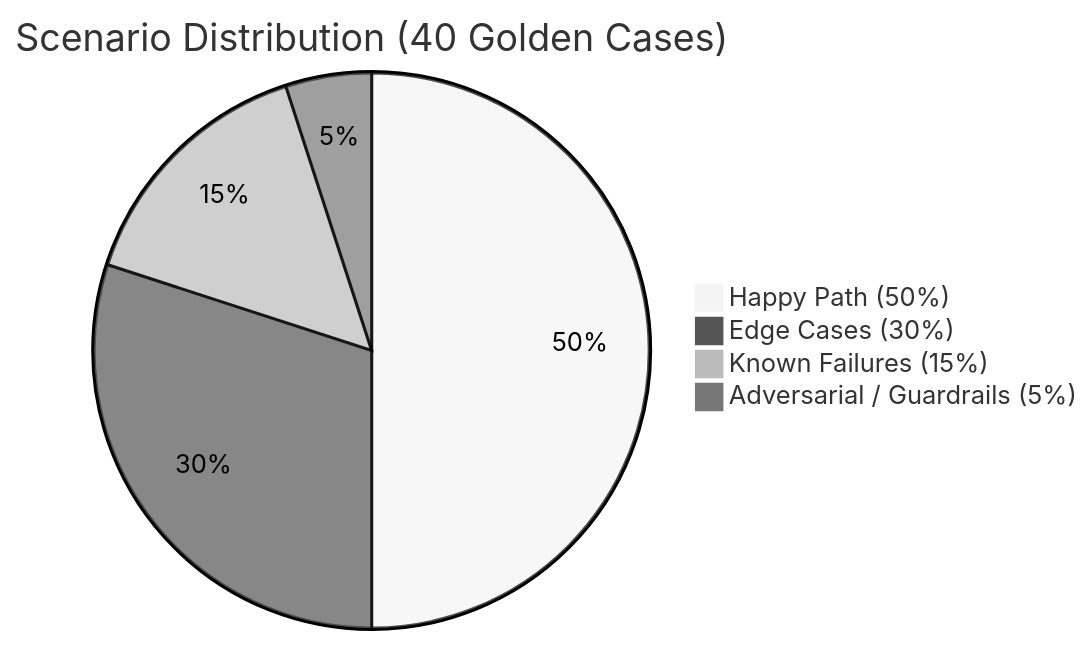
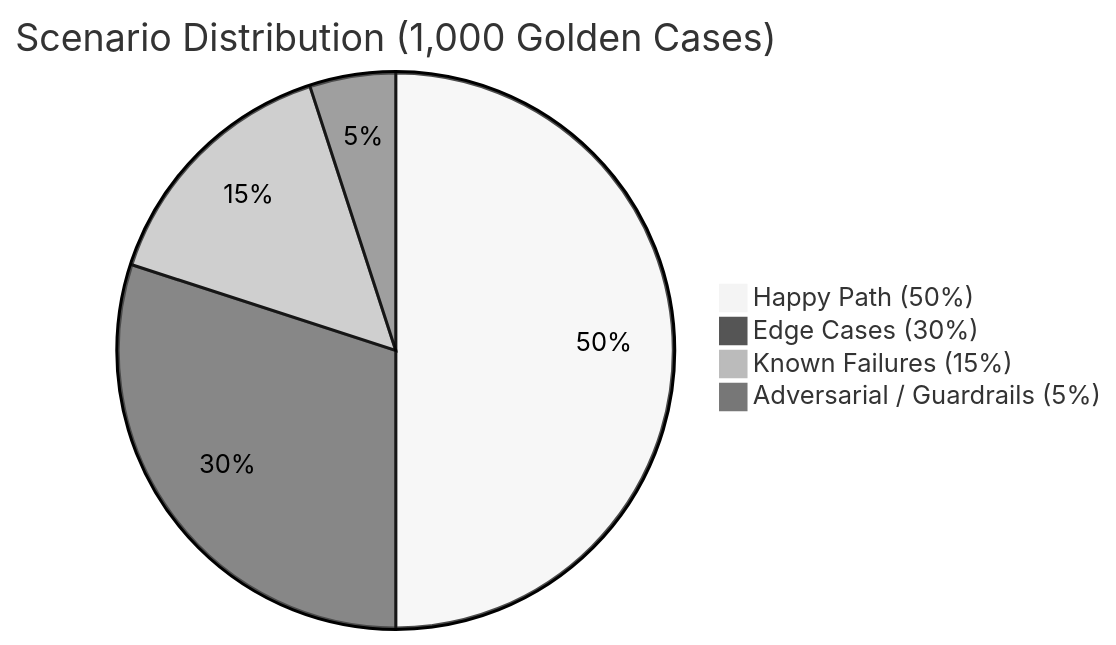
The diagram in EVALUATION_REPORT.md (dyidesi/AutomatedEvaluatorSuite), drawn with Mermaid (neutral theme) before and after one commit. The commit also changed other lines of this file and 9 other files, not shown here.

Commit message:
feat: scale golden dataset to 1,000 cases with full benchmark results, spreadsheets, traces, and updated report

````diff
--- a/EVALUATION_REPORT.md
+++ b/EVALUATION_REPORT.md
@@ -44,7 +44,7 @@
 ```mermaid
-pie title Scenario Distribution (40 Golden Cases)
-    "Happy Path (50%)" : 20
-    "Edge Cases (30%)" : 12
-    "Known Failures (15%)" : 6
-    "Adversarial / Guardrails (5%)" : 2
+pie title Scenario Distribution (1,000 Golden Cases)
+    "Happy Path (50%)" : 500
+    "Edge Cases (30%)" : 300
+    "Known Failures (15%)" : 150
+    "Adversarial / Guardrails (5%)" : 50
 ```
````
